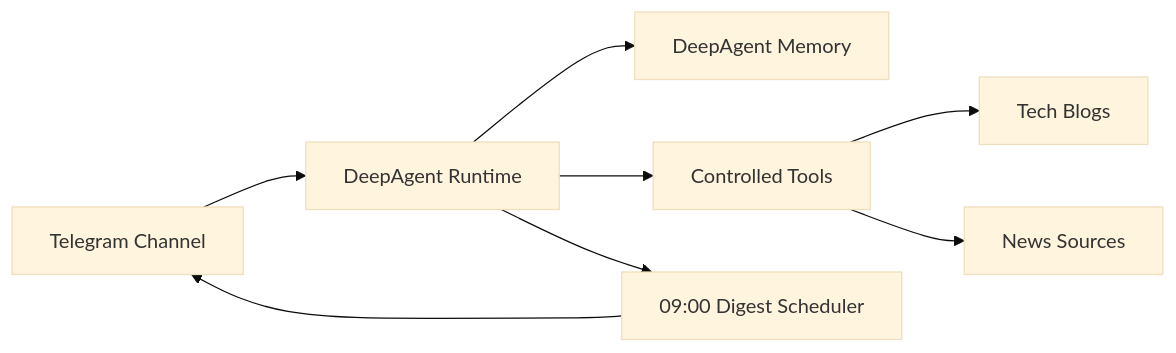
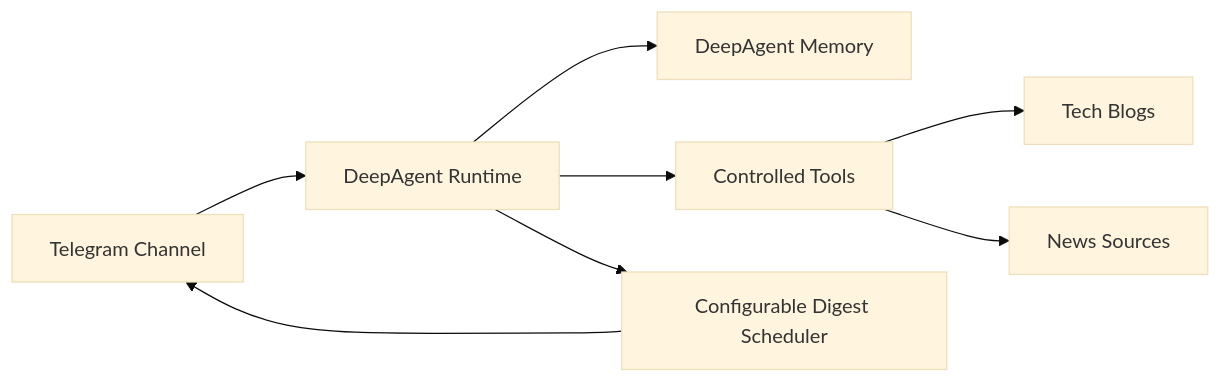
Before and after one commit to yuvenhol/second-brain: the diagram in README.md, drawn with Mermaid (base theme). The commit also changed other lines of this file and 2 other files, not shown here.

Commit message:
docs: clarify digest schedule default

````diff
--- a/README.md
+++ b/README.md
@@ -28,10 +28,10 @@
 ```mermaid
 flowchart LR
     TG[Telegram Channel] --> RT[DeepAgent Runtime]
     RT --> MEM[DeepAgent Memory]
     RT --> TOOLS[Controlled Tools]
     TOOLS --> BLOGS[Tech Blogs]
     TOOLS --> NEWS[News Sources]
-    RT --> DIGEST[09:00 Digest Scheduler]
+    RT --> DIGEST[Configurable Digest Scheduler]
     DIGEST --> TG
 ```
````
